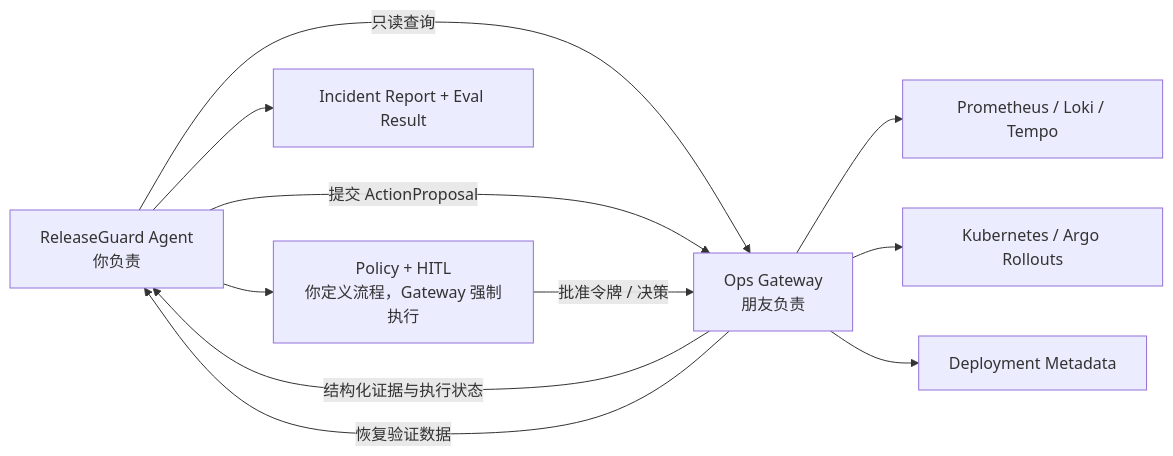
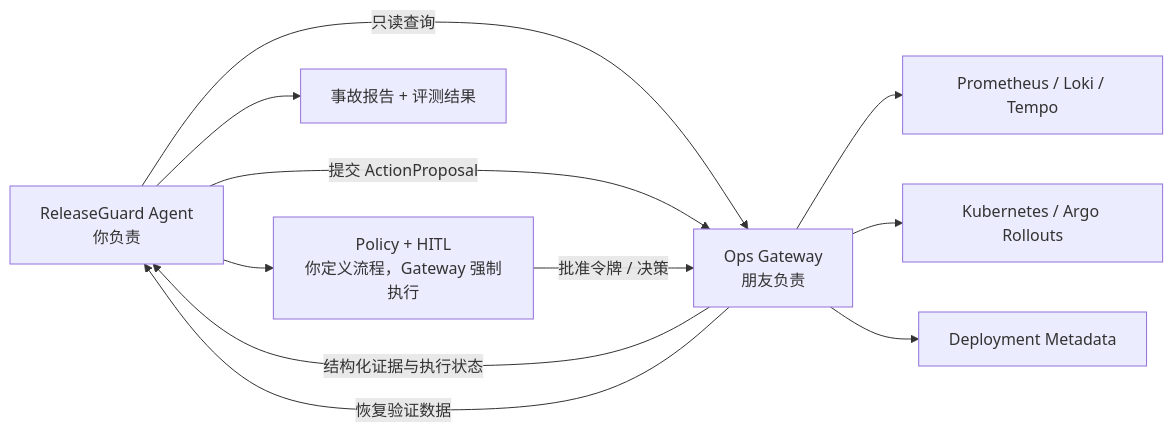
Before and after one commit to Intelligent-Artifact/ReleaseGuard: the diagram in docs/AGENT_ENGINEER_PLAYBOOK.md, drawn with Mermaid. The commit also changed other lines of this file and 16 other files, not shown here.

````diff
--- a/docs/AGENT_ENGINEER_PLAYBOOK.md
+++ b/docs/AGENT_ENGINEER_PLAYBOOK.md
@@ -60,13 +60,13 @@
 ```mermaid
 flowchart LR
     A["ReleaseGuard Agent\n你负责"] -->|"只读查询"| B["Ops Gateway\n朋友负责"]
     A -->|"提交 ActionProposal"| B
     B --> C["Prometheus / Loki / Tempo"]
     B --> D["Kubernetes / Argo Rollouts"]
     B --> E["Deployment Metadata"]
     B -->|"结构化证据与执行状态"| A
     A --> F["Policy + HITL\n你定义流程，Gateway 强制执行"]
     F -->|"批准令牌 / 决策"| B
     B -->|"恢复验证数据"| A
-    A --> G["Incident Report + Eval Result"]
+    A --> G["事故报告 + 评测结果"]
 ```
````
